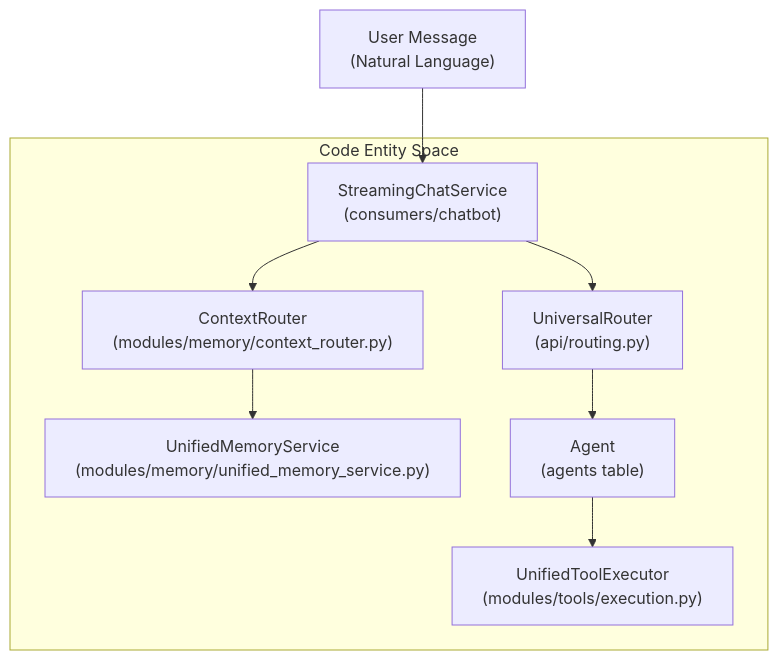
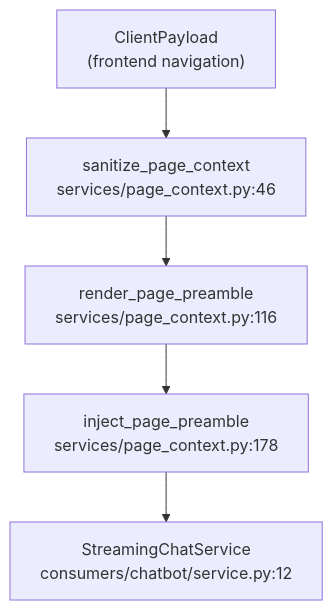
One commit to AutomatosAI/automatos-ai changed the second of 2 diagrams in docs/overview/key-concepts.md. Above: the diagram before and after it, drawn with Mermaid. The commit also changed other lines of this file and 191 other files, not shown here.

````diff
--- a/docs/overview/key-concepts.md
+++ b/docs/overview/key-concepts.md
@@ -163,20 +108,13 @@
 ```mermaid
 graph TD
-    User["User Message<br/>(Natural Language)"]
-    
-    subgraph "Code Entity Space"
-        Router["UniversalRouter<br/>(api/routing.py)"]
-        ChatService["StreamingChatService<br/>(consumers/chatbot)"]
-        MemorySvc["UnifiedMemoryService<br/>(modules/memory/unified_memory_service.py)"]
-        ContextRtr["ContextRouter<br/>(modules/memory/context_router.py)"]
-        AgentModel["Agent<br/>(agents table)"]
-        ToolExecutor["UnifiedToolExecutor<br/>(modules/tools/execution.py)"]
-    end
-    
-    User --> ChatService
-    ChatService --> ContextRtr
-    ContextRtr --> MemorySvc
-    ChatService --> Router
-    Router --> AgentModel
-    AgentModel --> ToolExecutor
+    Client["ClientPayload<br/>(frontend navigation)"]
+    Sanitizer["sanitize_page_context<br/>services/page_context.py:46"]
+    Renderer["render_page_preamble<br/>services/page_context.py:116"]
+    Injector["inject_page_preamble<br/>services/page_context.py:178"]
+    ChatService["StreamingChatService<br/>consumers/chatbot/service.py:12"]
+
+    Client --> Sanitizer
+    Sanitizer --> Renderer
+    Renderer --> Injector
+    Injector --> ChatService
 ```
````
